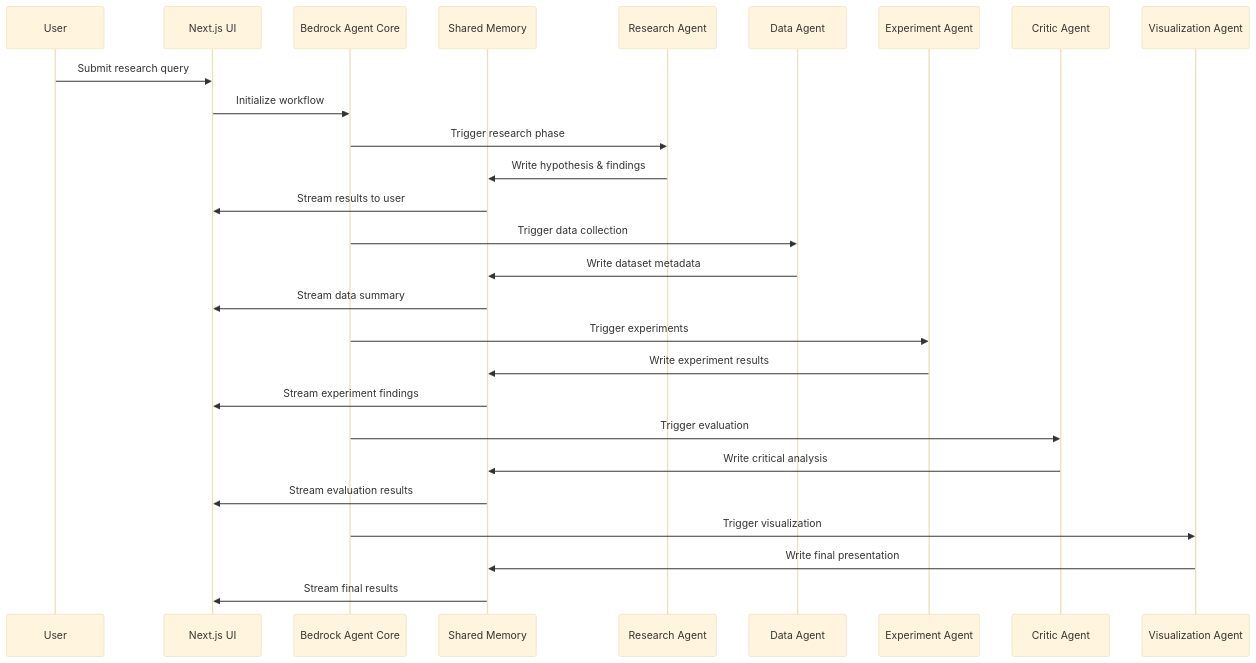
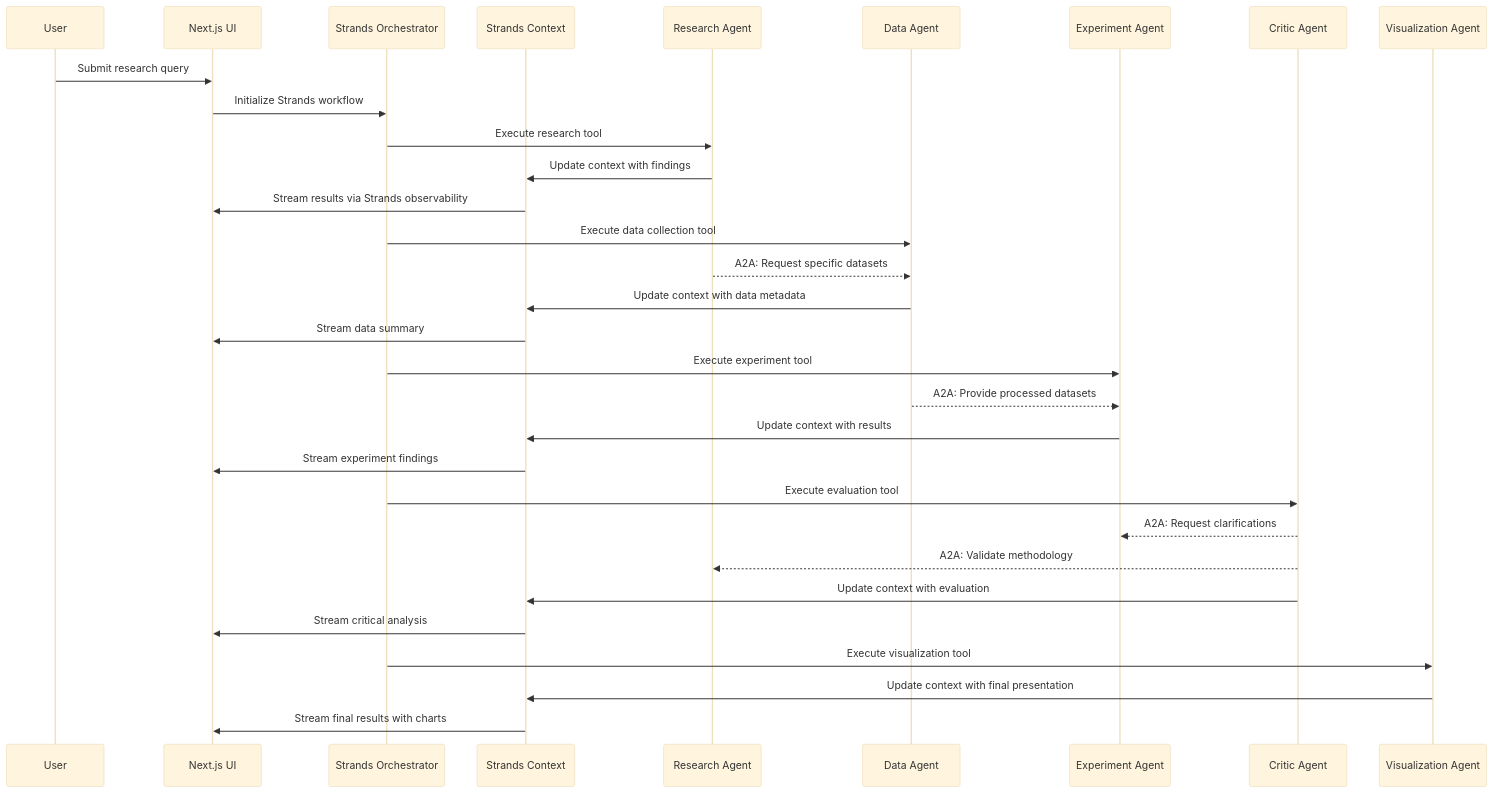
One commit to UkemeSkywalker/Ai-Scientist-Team changed the second of 2 diagrams in .kiro/specs/ai-scientist-team/design.md. Above: the diagram before and after it, drawn with Mermaid (base theme). The commit also changed other lines of this file and 14 other files, not shown here.

````diff
--- a/.kiro/specs/ai-scientist-team/design.md
+++ b/.kiro/specs/ai-scientist-team/design.md
@@ -37,34 +43,38 @@
 ```mermaid
 sequenceDiagram
     participant User
     participant NextJS as Next.js UI
-    participant BedrockCore as Bedrock Agent Core
-    participant SharedMem as Shared Memory
+    participant StrandsOrch as Strands Orchestrator
+    participant StrandsCtx as Strands Context
     participant Research as Research Agent
     participant Data as Data Agent
     participant Experiment as Experiment Agent
     participant Critic as Critic Agent
     participant Viz as Visualization Agent
     
     User->>NextJS: Submit research query
-    NextJS->>BedrockCore: Initialize workflow
-    BedrockCore->>Research: Trigger research phase
-    Research->>SharedMem: Write hypothesis & findings
-    SharedMem->>NextJS: Stream results to user
+    NextJS->>StrandsOrch: Initialize Strands workflow
+    StrandsOrch->>Research: Execute research tool
+    Research->>StrandsCtx: Update context with findings
+    StrandsCtx->>NextJS: Stream results via Strands observability
     
-    BedrockCore->>Data: Trigger data collection
-    Data->>SharedMem: Write dataset metadata
-    SharedMem->>NextJS: Stream data summary
+    StrandsOrch->>Data: Execute data collection tool
+    Research-->>Data: A2A: Request specific datasets
+    Data->>StrandsCtx: Update context with data metadata
+    StrandsCtx->>NextJS: Stream data summary
     
-    BedrockCore->>Experiment: Trigger experiments
-    Experiment->>SharedMem: Write experiment results
-    SharedMem->>NextJS: Stream experiment findings
+    StrandsOrch->>Experiment: Execute experiment tool
+    Data-->>Experiment: A2A: Provide processed datasets
+    Experiment->>StrandsCtx: Update context with results
+    StrandsCtx->>NextJS: Stream experiment findings
     
-    BedrockCore->>Critic: Trigger evaluation
-    Critic->>SharedMem: Write critical analysis
-    SharedMem->>NextJS: Stream evaluation results
+    StrandsOrch->>Critic: Execute evaluation tool
+    Critic-->>Experiment: A2A: Request clarifications
+    Critic-->>Research: A2A: Validate methodology
+    Critic->>StrandsCtx: Update context with evaluation
+    StrandsCtx->>NextJS: Stream critical analysis
     
-    BedrockCore->>Viz: Trigger visualization
-    Viz->>SharedMem: Write final presentation
-    SharedMem->>NextJS: Stream final results
+    StrandsOrch->>Viz: Execute visualization tool
+    Viz->>StrandsCtx: Update context with final presentation
+    StrandsCtx->>NextJS: Stream final results with charts
 ```
````
